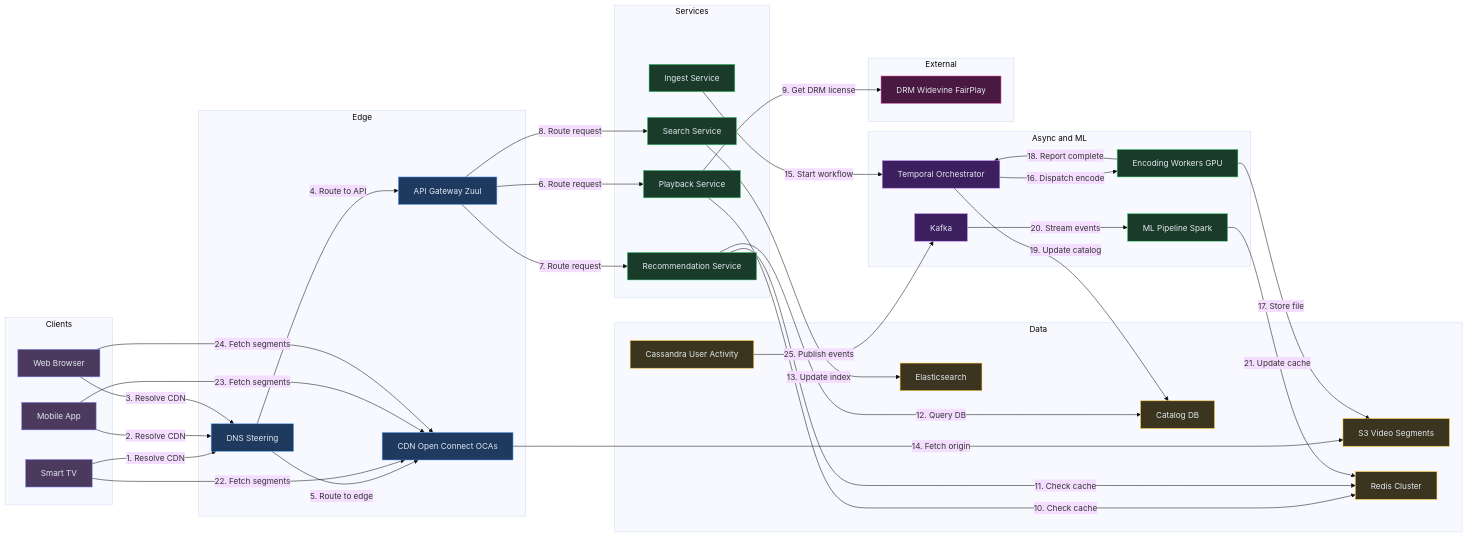
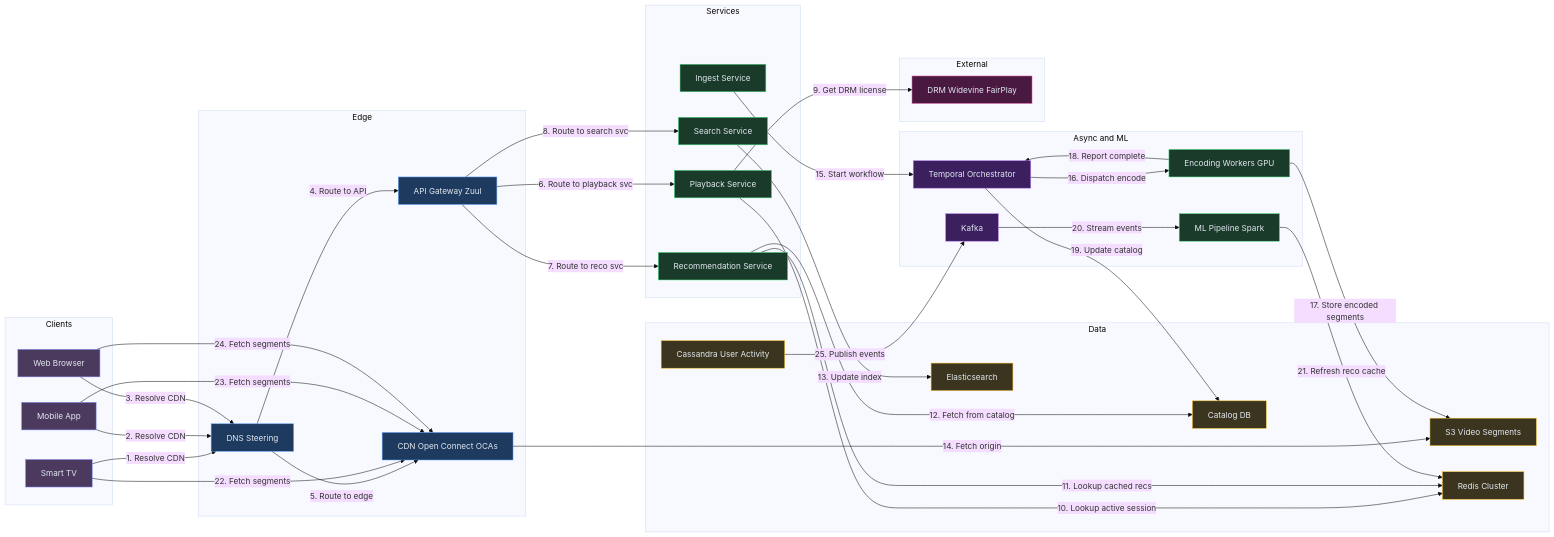
Before and after one commit to iluzn/HLD-Designs: the tenth of 10 diagrams in content/hld/Netflix.md, drawn with Mermaid (base theme). The commit also changed other lines of this file and 27 other files, not shown here.

````diff
--- a/content/hld/Netflix.md
+++ b/content/hld/Netflix.md
@@ -631,73 +631,73 @@
 ```mermaid
 flowchart LR
     subgraph Clients
         TV["Smart TV"]:::client
         MOB["Mobile App"]:::client
         WEB["Web Browser"]:::client
     end
 
     subgraph Edge
         DNS["DNS Steering"]:::edge
         GW["API Gateway Zuul"]:::edge
         CDN["CDN Open Connect OCAs"]:::edge
     end
 
     subgraph Services
         PS["Playback Service"]:::service
         RS["Recommendation Service"]:::service
         IS["Ingest Service"]:::service
         SS["Search Service"]:::service
     end
 
     subgraph Async and ML
         KF["Kafka"]:::async
         TMP["Temporal Orchestrator"]:::async
         EW["Encoding Workers GPU"]:::service
         ML["ML Pipeline Spark"]:::service
     end
 
     subgraph Data
         S3["S3 Video Segments"]:::data
         CAT["Catalog DB"]:::data
         CASS["Cassandra User Activity"]:::data
         RD["Redis Cluster"]:::data
         ES["Elasticsearch"]:::data
     end
 
     subgraph External
         DRM["DRM Widevine FairPlay"]:::external
     end
 
     TV -->|"1. Resolve CDN"| DNS
     MOB -->|"2. Resolve CDN"| DNS
     WEB -->|"3. Resolve CDN"| DNS
     DNS -->|"4. Route to API"| GW
     DNS -->|"5. Route to edge"| CDN
-    GW -->|"6. Route request"| PS
-    GW -->|"7. Route request"| RS
-    GW -->|"8. Route request"| SS
+    GW -->|"6. Route to playback svc"| PS
+    GW -->|"7. Route to reco svc"| RS
+    GW -->|"8. Route to search svc"| SS
     PS -->|"9. Get DRM license"| DRM
-    PS -->|"10. Check cache"| RD
-    RS -->|"11. Check cache"| RD
-    RS -->|"12. Query DB"| CAT
+    PS -->|"10. Lookup active session"| RD
+    RS -->|"11. Lookup cached recs"| RD
+    RS -->|"12. Fetch from catalog"| CAT
     SS -->|"13. Update index"| ES
     CDN -->|"14. Fetch origin"| S3
     IS -->|"15. Start workflow"| TMP
     TMP -->|"16. Dispatch encode"| EW
-    EW -->|"17. Store file"| S3
+    EW -->|"17. Store encoded segments"| S3
     EW -->|"18. Report complete"| TMP
     TMP -->|"19. Update catalog"| CAT
     KF -->|"20. Stream events"| ML
-    ML -->|"21. Update cache"| RD
+    ML -->|"21. Refresh reco cache"| RD
     TV -->|"22. Fetch segments"| CDN
     MOB -->|"23. Fetch segments"| CDN
     WEB -->|"24. Fetch segments"| CDN
     CASS -->|"25. Publish events"| KF
 
     classDef client fill:#4c3a5e,stroke:#818cf8,color:#e2e8f0
     classDef edge fill:#1e3a5f,stroke:#60a5fa,color:#e2e8f0
     classDef service fill:#1a3a2a,stroke:#4ade80,color:#e2e8f0
     classDef async fill:#3b1f5e,stroke:#c084fc,color:#e2e8f0
     classDef data fill:#3b3520,stroke:#fbbf24,color:#e2e8f0
     classDef external fill:#4a1942,stroke:#f472b6,color:#e2e8f0
 ```
````
